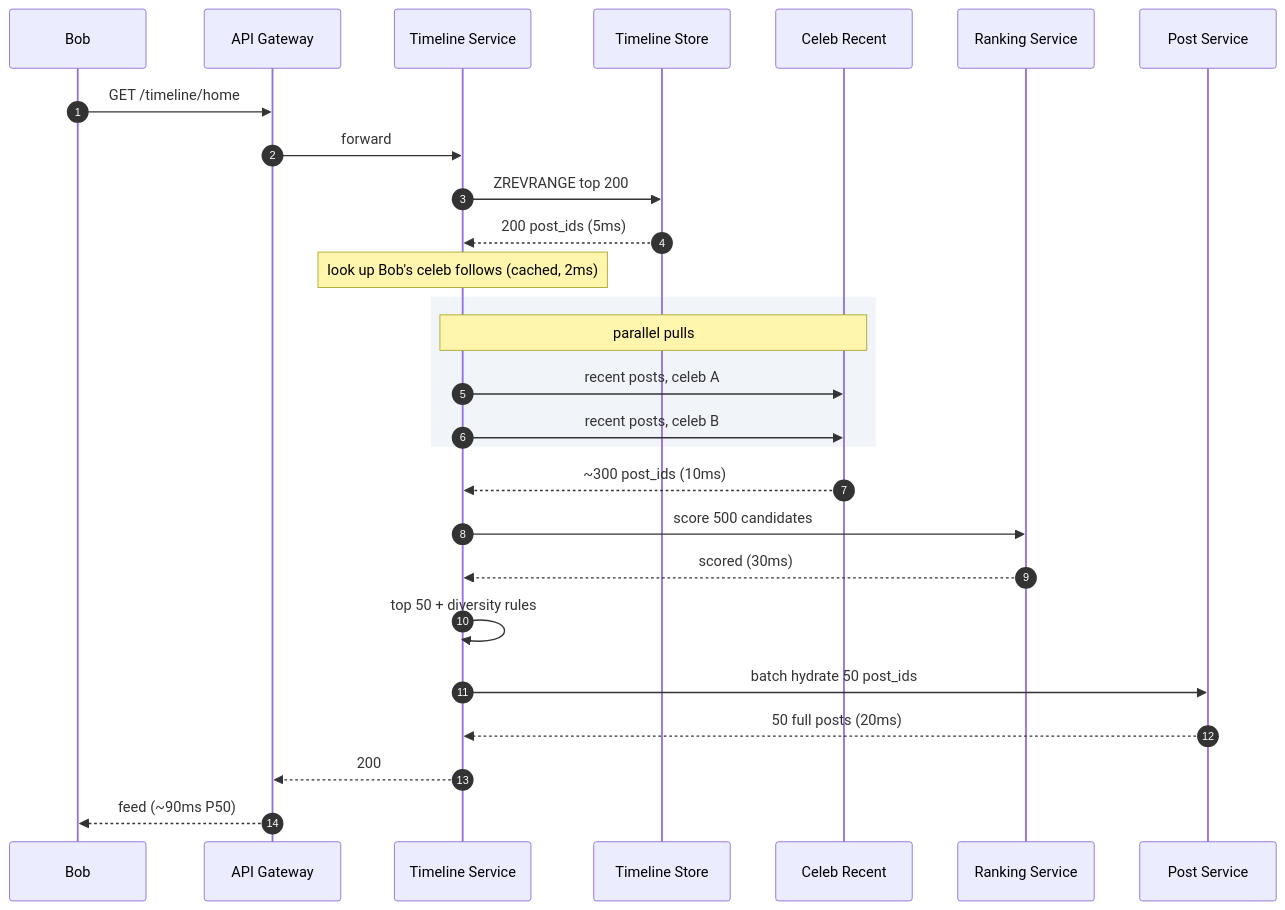
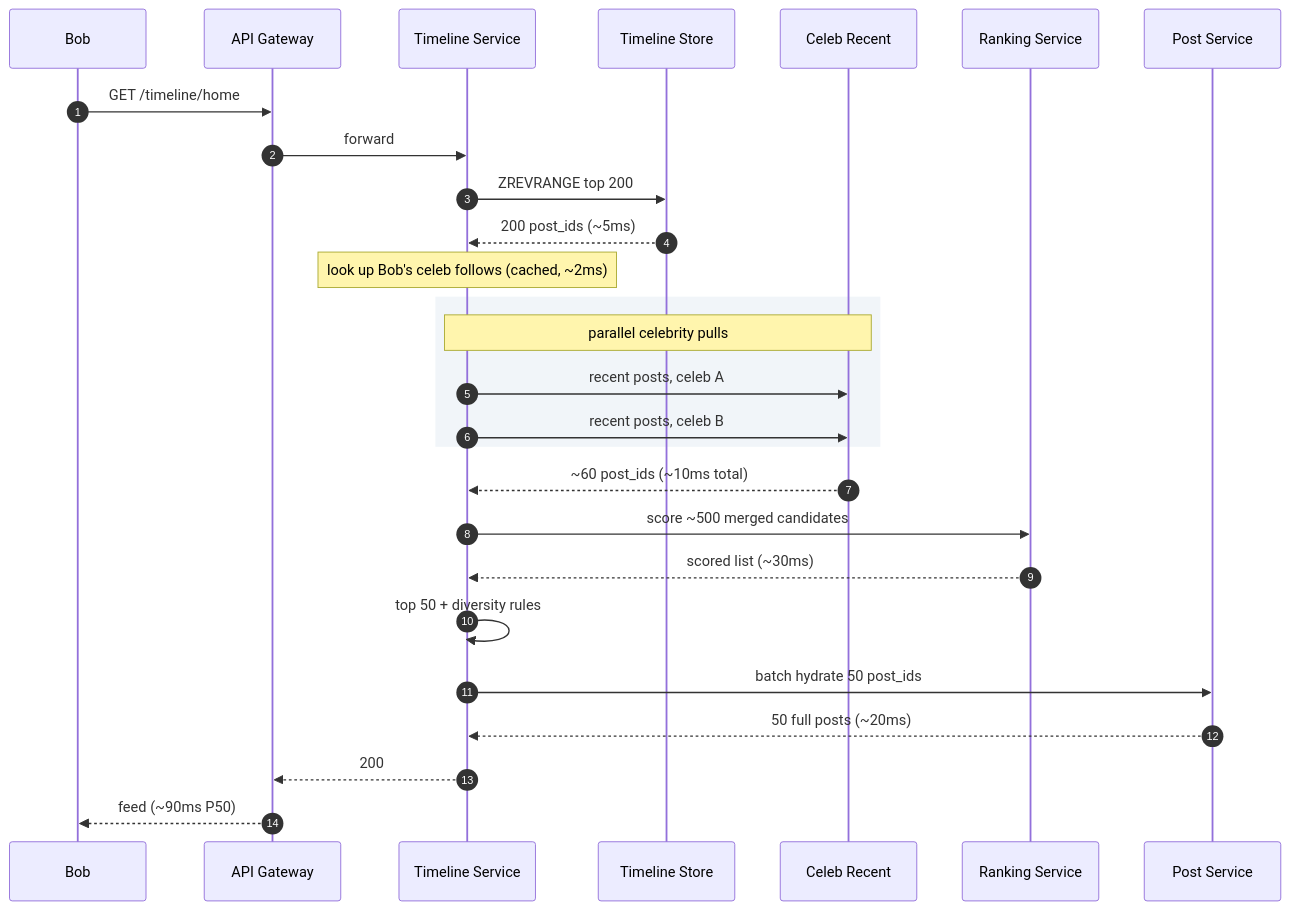
Before and after one commit to shiningflash/system-design: the fourth of 5 diagrams in problems/002-news-feed/solution.md, drawn with Mermaid. The commit also changed other lines of this file and 37 other files, not shown here.

````diff
--- a/problems/002-news-feed/solution.md
+++ b/problems/002-news-feed/solution.md
@@ -328,32 +323,32 @@
 ```mermaid
 sequenceDiagram
     autonumber
     participant Bob
     participant GW as API Gateway
     participant TSvc as Timeline Service
     participant TStore as Timeline Store
     participant CStore as Celeb Recent
     participant Ranker as Ranking Service
     participant PSvc as Post Service
 
     Bob->>GW: GET /timeline/home
     GW->>TSvc: forward
     TSvc->>TStore: ZREVRANGE top 200
-    TStore-->>TSvc: 200 post_ids (5ms)
-    Note over TSvc: look up Bob's celeb follows (cached, 2ms)
+    TStore-->>TSvc: 200 post_ids (~5ms)
+    Note over TSvc: look up Bob's celeb follows (cached, ~2ms)
 
     rect rgb(241, 245, 249)
-        Note over TSvc,CStore: parallel pulls
+        Note over TSvc,CStore: parallel celebrity pulls
         TSvc->>CStore: recent posts, celeb A
         TSvc->>CStore: recent posts, celeb B
     end
 
-    CStore-->>TSvc: ~300 post_ids (10ms)
-    TSvc->>Ranker: score 500 candidates
-    Ranker-->>TSvc: scored (30ms)
+    CStore-->>TSvc: ~60 post_ids (~10ms total)
+    TSvc->>Ranker: score ~500 merged candidates
+    Ranker-->>TSvc: scored list (~30ms)
     TSvc->>TSvc: top 50 + diversity rules
     TSvc->>PSvc: batch hydrate 50 post_ids
-    PSvc-->>TSvc: 50 full posts (20ms)
+    PSvc-->>TSvc: 50 full posts (~20ms)
     TSvc-->>GW: 200
     GW-->>Bob: feed (~90ms P50)
 ```
````
